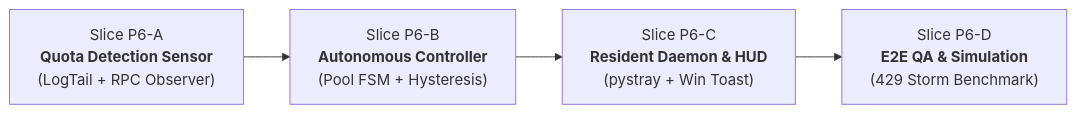
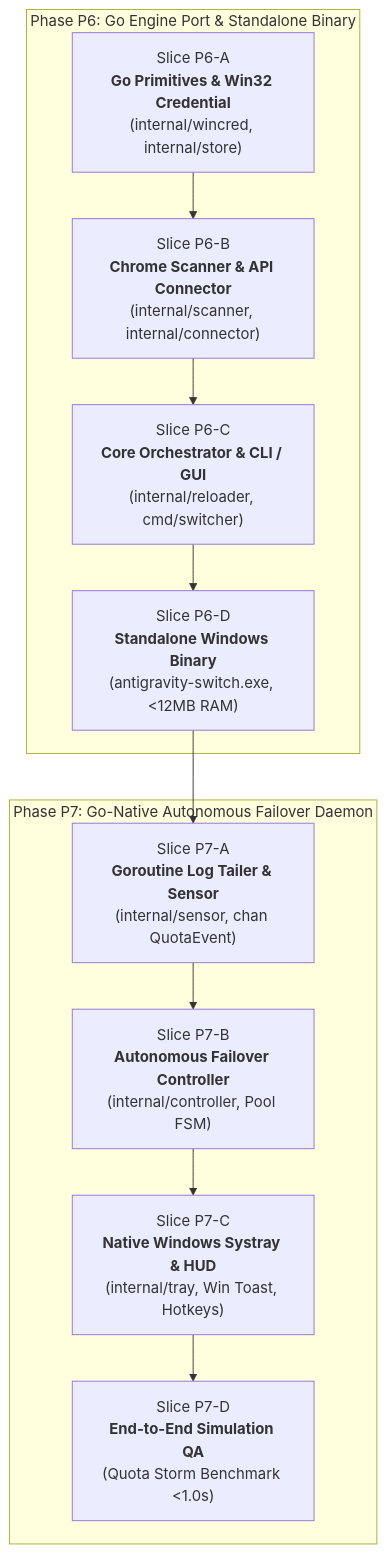
Before and after one commit to tamnguyendinh/AS_auto_switcher: the third of 3 diagrams in reports/architect/2026-10-14-autonomous-quota-failover-architecture.md, drawn with Mermaid. The commit also changed other lines of this file, not shown here.

Commit message:
docs(architect): update roadmap with P6 Go Port and P7 Autonomous Failover

````diff
--- a/reports/architect/2026-10-14-autonomous-quota-failover-architecture.md
+++ b/reports/architect/2026-10-14-autonomous-quota-failover-architecture.md
@@ -424,6 +405,15 @@
 ```mermaid
-flowchart LR
-    P6A["Slice P6-A<br/><b>Quota Detection Sensor</b><br/>(LogTail + RPC Observer)"] --> P6B["Slice P6-B<br/><b>Autonomous Controller</b><br/>(Pool FSM + Hysteresis)"]
-    P6B --> P6C["Slice P6-C<br/><b>Resident Daemon & HUD</b><br/>(pystray + Win Toast)"]
-    P6C --> P6D["Slice P6-D<br/><b>E2E QA & Simulation</b><br/>(429 Storm Benchmark)"]
+flowchart TD
+    subgraph P6["Phase P6: Go Engine Port & Standalone Binary"]
+        P6A["Slice P6-A<br/><b>Go Primitives & Win32 Credential</b><br/>(internal/wincred, internal/store)"] --> P6B["Slice P6-B<br/><b>Chrome Scanner & API Connector</b><br/>(internal/scanner, internal/connector)"]
+        P6B --> P6C["Slice P6-C<br/><b>Core Orchestrator & CLI / GUI</b><br/>(internal/reloader, cmd/switcher)"]
+        P6C --> P6D["Slice P6-D<br/><b>Standalone Windows Binary</b><br/>(antigravity-switch.exe, &lt;12MB RAM)"]
+    end
+
+    subgraph P7["Phase P7: Go-Native Autonomous Failover Daemon"]
+        P6D --> P7A["Slice P7-A<br/><b>Goroutine Log Tailer & Sensor</b><br/>(internal/sensor, chan QuotaEvent)"]
+        P7A --> P7B["Slice P7-B<br/><b>Autonomous Failover Controller</b><br/>(internal/controller, Pool FSM)"]
+        P7B --> P7C["Slice P7-C<br/><b>Native Windows Systray & HUD</b><br/>(internal/tray, Win Toast, Hotkeys)"]
+        P7C --> P7D["Slice P7-D<br/><b>End-to-End Simulation QA</b><br/>(Quota Storm Benchmark &lt;1.0s)"]
+    end
 ```
````
